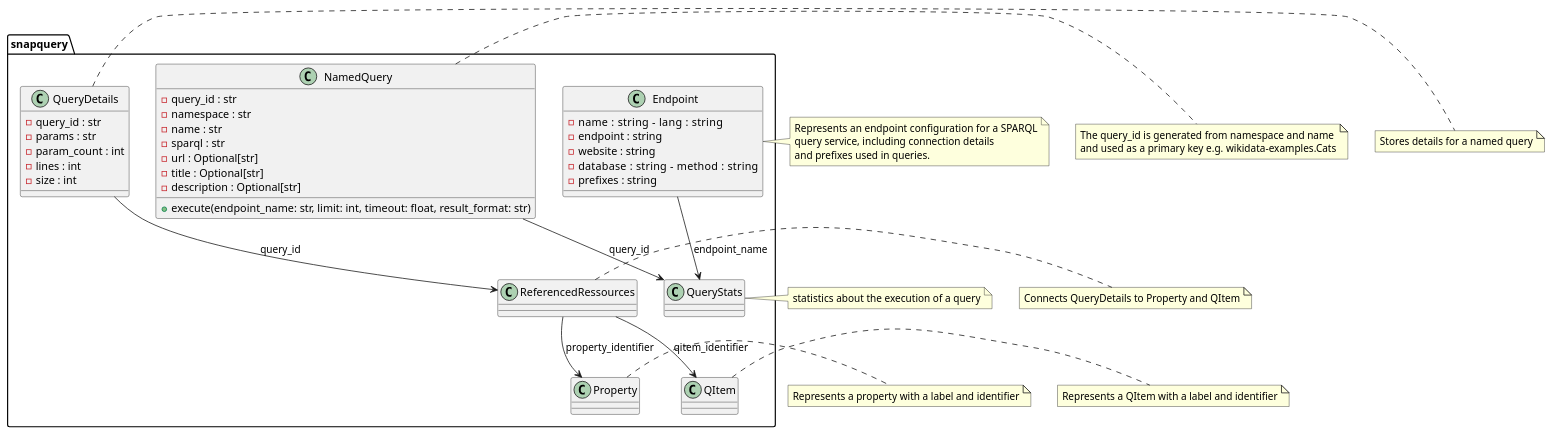
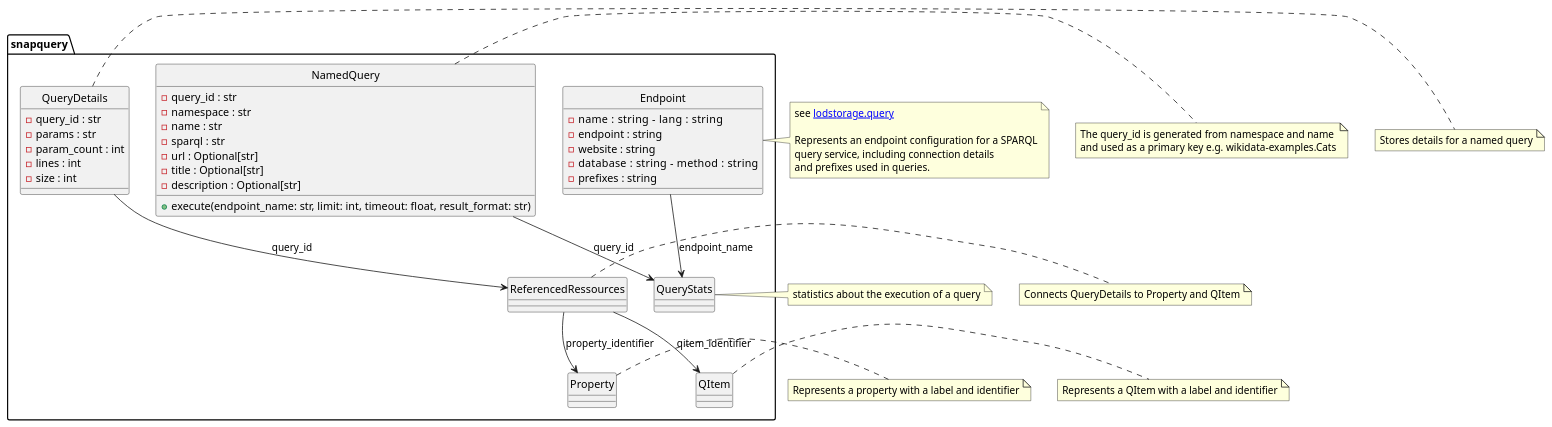
The diagram in snapquery.puml (WolfgangFahl/snapquery), drawn with PlantUML before and after one commit. The commit also changed 1 other file, not shown here.

Commit message:
hides circle in plantuml and adds first link

```diff
--- a/snapquery.puml
+++ b/snapquery.puml
@@ -1,71 +1,75 @@
 @startuml
+' snapquery UML model
+' see https://github.com/WolfgangFahl/snapquery/blob/main/snapquery.puml
+hide circle
 package snapquery {
     class NamedQuery {
         - query_id : str
         - namespace : str
         - name : str
         - sparql : str
         - url : Optional[str]
         - title : Optional[str]
         - description : Optional[str]
        + execute(endpoint_name: str, limit: int, timeout: float, result_format: str)
     }
     class Endpoint {
         - name : string    - lang : string
         - endpoint : string
         - website : string
         - database : string    - method : string
         - prefixes : string
     }
-
 
 
     NamedQuery --> QueryStats : query_id
     Endpoint --> QueryStats : endpoint_name
 
     class QueryDetails {
         - query_id : str
         - params : str
         - param_count : int
         - lines : int
         - size : int
     }
 
 
 
     QueryDetails --> ReferencedRessources : query_id
     ReferencedRessources --> Property : property_identifier
     ReferencedRessources --> QItem : qitem_identifier
 }
 
 note right of Endpoint
+  see [[https://github.com/WolfgangFahl/pyLoDStorage/blob/66a90ddf94d6ae7436914de330d000a63be75f41/lodstorage/query.py#L707 lodstorage.query]]
+
   Represents an endpoint configuration for a SPARQL
   query service, including connection details
   and prefixes used in queries.
 end note
 
 note right of NamedQuery
   The query_id is generated from namespace and name
   and used as a primary key e.g. wikidata-examples.Cats
 end note
 
 note right of QueryStats
   statistics about the execution of a query
 end note
 
 note right of Property
   Represents a property with a label and identifier
 end note
 
 note right of QItem
   Represents a QItem with a label and identifier
 end note
 
 note right of QueryDetails
   Stores details for a named query
 end note
 
 note right of ReferencedRessources
   Connects QueryDetails to Property and QItem
 end note
 @enduml
```
